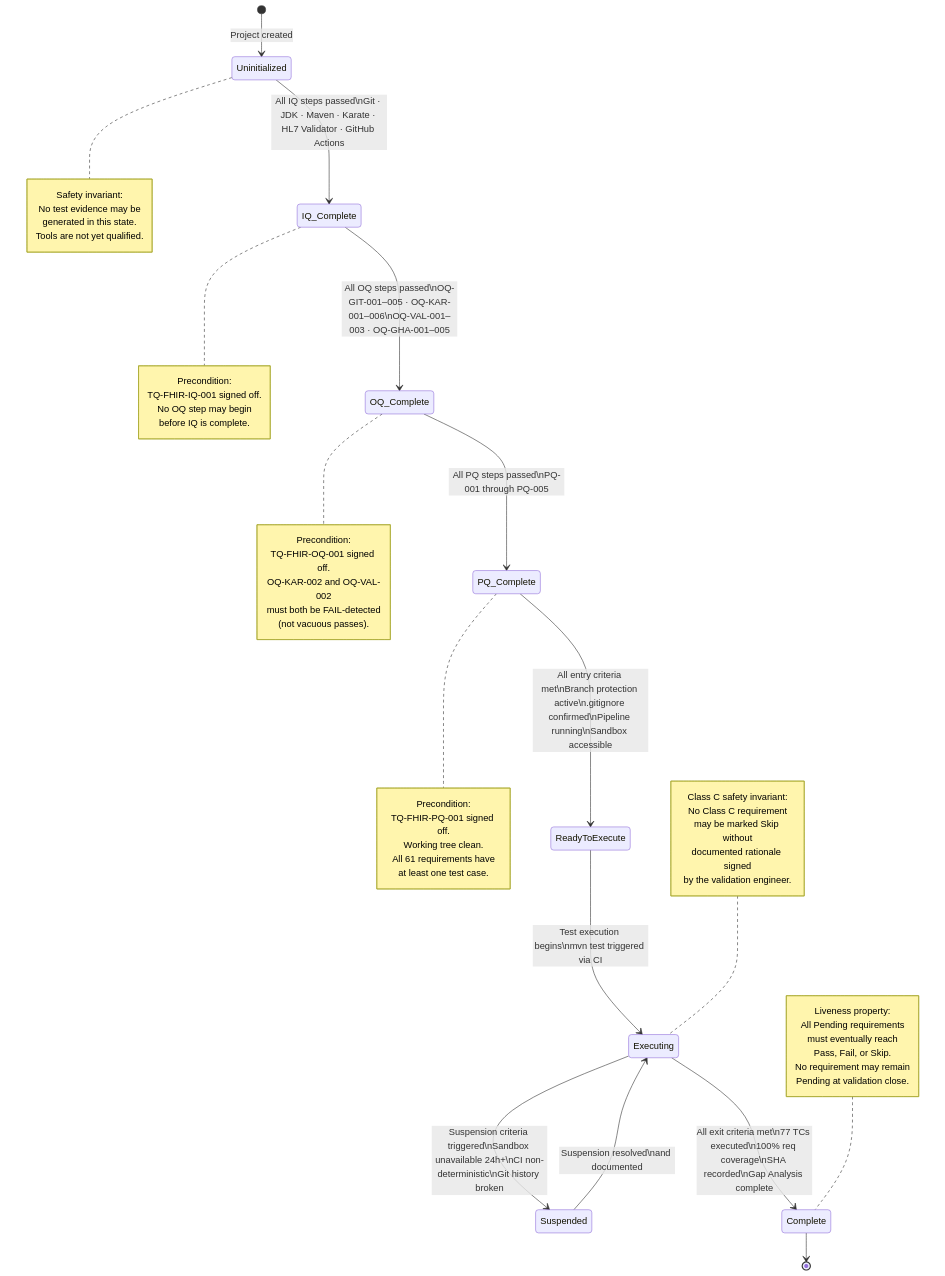
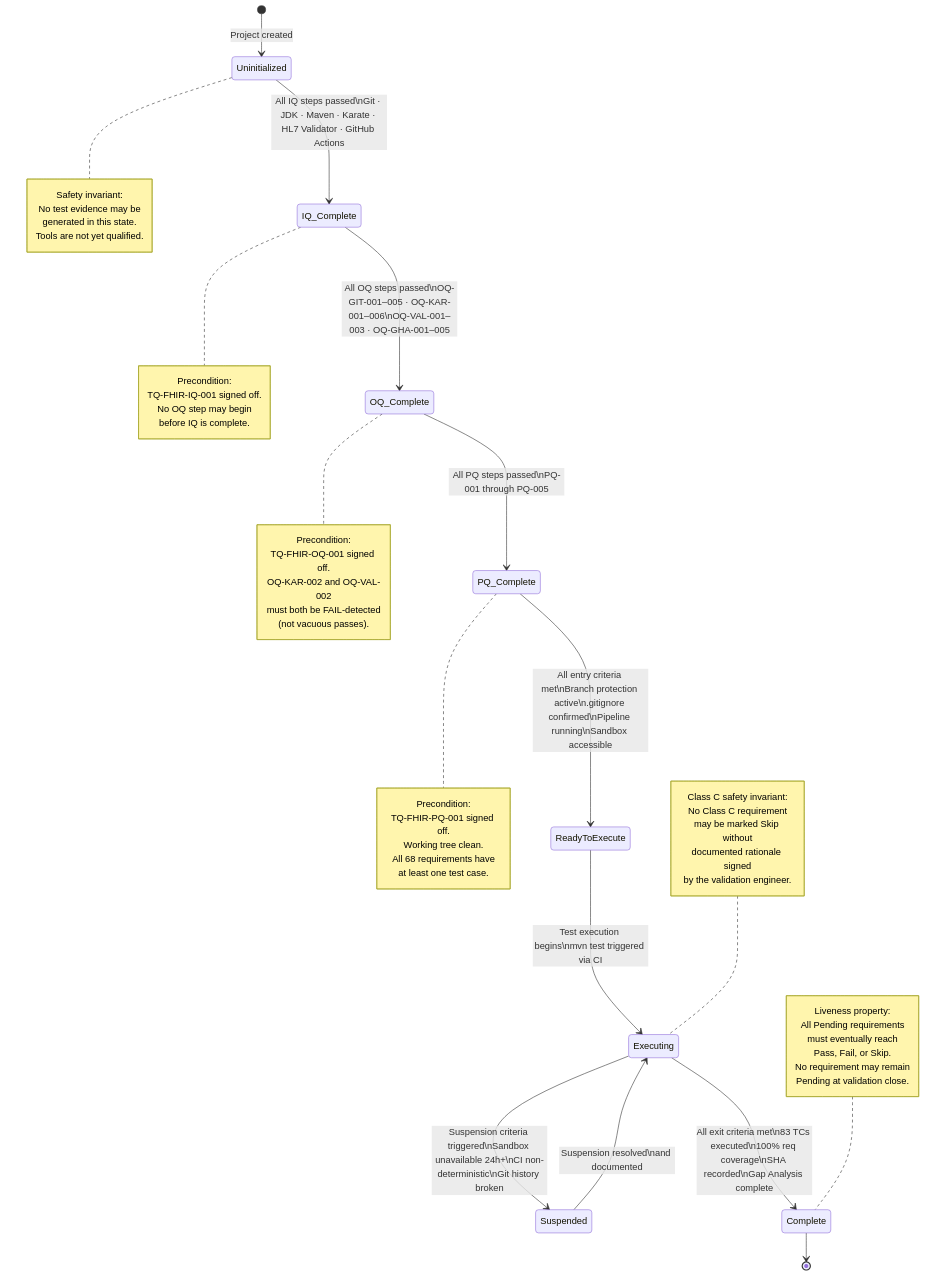
The diagram in docs/diagrams/02-validation-state-machine.md (Dag86/fhir-validation-suite), drawn with Mermaid before and after one commit. The commit also changed other lines of this file and 8 other files, not shown here.

Commit message:
docs: final consistency pass — VP v1.4, GA v1.3, VA v1.5, diagrams, OQ/IQ evidence wording

````diff
--- a/docs/diagrams/02-validation-state-machine.md
+++ b/docs/diagrams/02-validation-state-machine.md
@@ -10,66 +10,66 @@
 ```mermaid
 stateDiagram-v2
     direction TB
 
     [*] --> Uninitialized : Project created
 
     Uninitialized --> IQ_Complete : All IQ steps passed\nGit · JDK · Maven · Karate · HL7 Validator · GitHub Actions
     note right of Uninitialized
         Safety invariant:
         No test evidence may be
         generated in this state.
         Tools are not yet qualified.
     end note
 
     IQ_Complete --> OQ_Complete : All OQ steps passed\nOQ-GIT-001–005 · OQ-KAR-001–006\nOQ-VAL-001–003 · OQ-GHA-001–005
     note right of IQ_Complete
         Precondition:
         TQ-FHIR-IQ-001 signed off.
         No OQ step may begin
         before IQ is complete.
     end note
 
     OQ_Complete --> PQ_Complete : All PQ steps passed\nPQ-001 through PQ-005
     note right of OQ_Complete
         Precondition:
         TQ-FHIR-OQ-001 signed off.
         OQ-KAR-002 and OQ-VAL-002
         must both be FAIL-detected
         (not vacuous passes).
     end note
 
     PQ_Complete --> ReadyToExecute : All entry criteria met\nBranch protection active\n.gitignore confirmed\nPipeline running\nSandbox accessible
     note right of PQ_Complete
         Precondition:
         TQ-FHIR-PQ-001 signed off.
         Working tree clean.
-        All 61 requirements have
+        All 68 requirements have
         at least one test case.
     end note
 
     ReadyToExecute --> Executing : Test execution begins\nmvn test triggered via CI
 
     Executing --> Suspended : Suspension criteria triggered\nSandbox unavailable 24h+\nCI non-deterministic\nGit history broken
     Suspended --> Executing : Suspension resolved\nand documented
 
-    Executing --> Complete : All exit criteria met\n77 TCs executed\n100% req coverage\nSHA recorded\nGap Analysis complete
+    Executing --> Complete : All exit criteria met\n83 TCs executed\n100% req coverage\nSHA recorded\nGap Analysis complete
 
     Complete --> [*]
 
     note left of Complete
         Liveness property:
         All Pending requirements
         must eventually reach
         Pass, Fail, or Skip.
         No requirement may remain
         Pending at validation close.
     end note
 
     note left of Executing
         Class C safety invariant:
         No Class C requirement
         may be marked Skip without
         documented rationale signed
         by the validation engineer.
     end note
 ```
````
